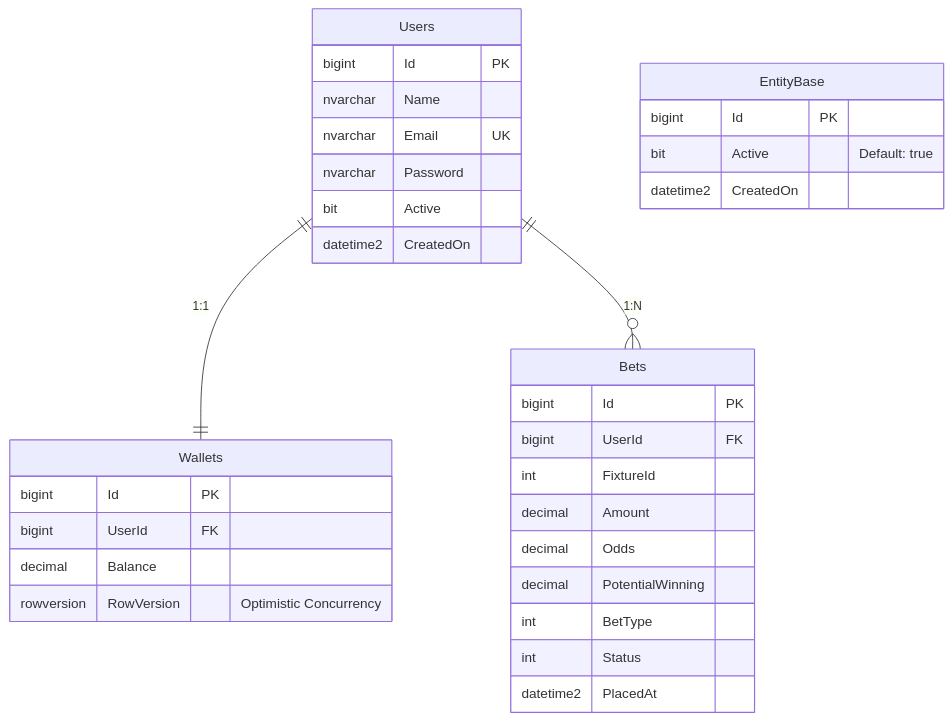
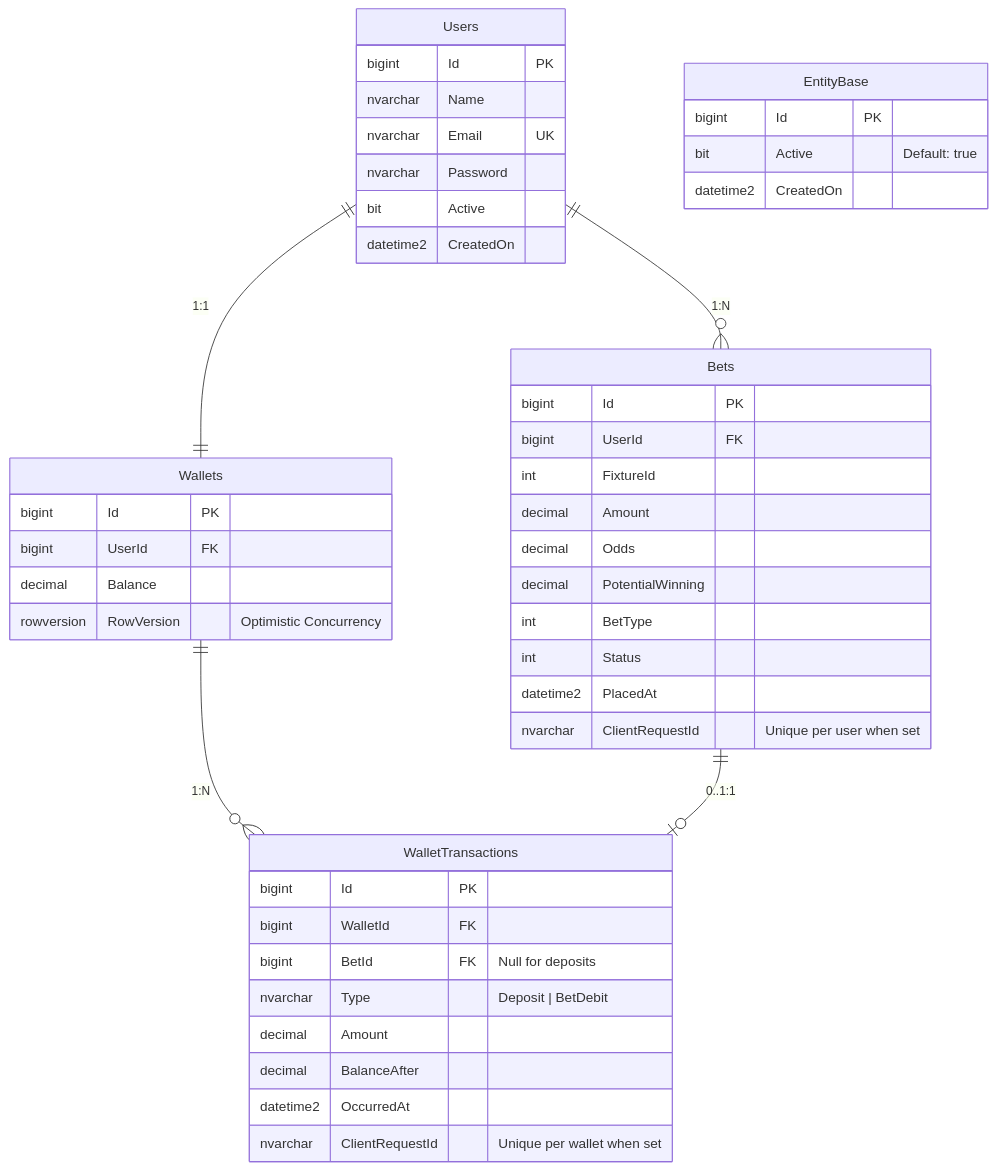
One commit to DeVFirmino/SportsBetting changed the first of 3 diagrams in README.md. Above: the diagram before and after it, drawn with Mermaid. The commit also changed other lines of this file and 65 other files, not shown here.

````diff
--- a/README.md
+++ b/README.md
@@ -147,39 +166,53 @@
 ```mermaid
 erDiagram
 Users ||--|| Wallets : "1:1"
 Users ||--o{ Bets : "1:N"
+Wallets ||--o{ WalletTransactions : "1:N"
+Bets ||--o| WalletTransactions : "0..1:1"
 
     EntityBase {
         bigint Id PK
         bit Active "Default: true"
         datetime2 CreatedOn 
     }
 
     Users {
         bigint Id PK
         nvarchar Name
         nvarchar Email UK
         nvarchar Password
         bit Active
         datetime2 CreatedOn
     }
 
     Wallets {
         bigint Id PK
         bigint UserId FK
         decimal Balance
         rowversion RowVersion "Optimistic Concurrency"
     }
 
     Bets {
         bigint Id PK
         bigint UserId FK
         int FixtureId
         decimal Amount
         decimal Odds
         decimal PotentialWinning
         int BetType
         int Status
         datetime2 PlacedAt
+        nvarchar ClientRequestId "Unique per user when set"
+    }
+
+    WalletTransactions {
+        bigint Id PK
+        bigint WalletId FK
+        bigint BetId FK "Null for deposits"
+        nvarchar Type "Deposit | BetDebit"
+        decimal Amount
+        decimal BalanceAfter
+        datetime2 OccurredAt
+        nvarchar ClientRequestId "Unique per wallet when set"
     }
  ```
````
